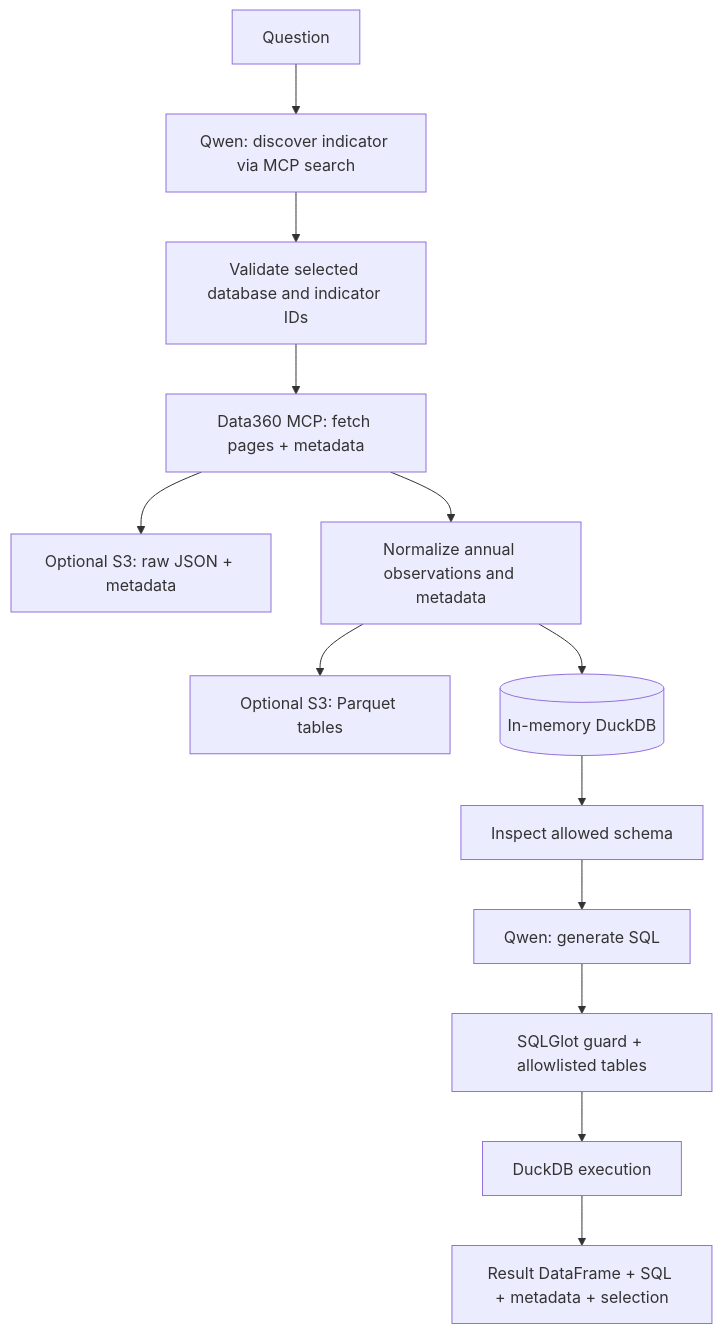
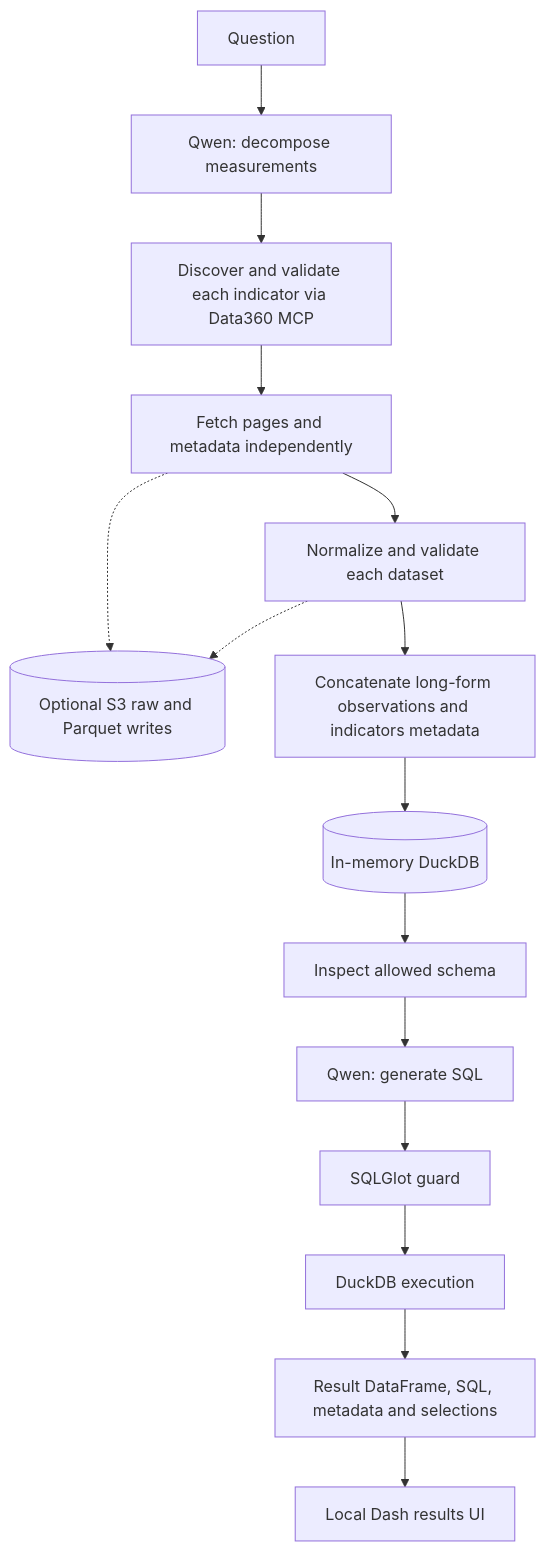
Before and after one commit to Seif-Wessam/world-population-interactive-visualisation: the diagram in agentic_framework/README.md, drawn with Mermaid. The commit also changed other lines of this file, not shown here.

Commit message:
docs: record multi-indicator analytics and local Dash integration

````diff
--- a/agentic_framework/README.md
+++ b/agentic_framework/README.md
@@ -29,15 +30,17 @@
-```mermaid
+ ```mermaid
 flowchart TD
-    U[Question] --> D[Qwen: discover indicator via MCP search]
-    D --> I[Validate selected database and indicator IDs]
-    I --> R[Data360 MCP: fetch pages + metadata]
-    R --> J[Optional S3: raw JSON + metadata]
-    R --> T[Normalize annual observations and metadata]
-    T --> P[Optional S3: Parquet tables]
-    T --> B[(In-memory DuckDB)]
+    U[Question] --> Q[Qwen: decompose measurements]
+    Q --> D[Discover and validate each indicator via Data360 MCP]
+    D --> R[Fetch pages and metadata independently]
+    R --> T[Normalize and validate each dataset]
+    R -.-> P[(Optional S3 raw and Parquet writes)]
+    T -.-> P
+    T --> C[Concatenate long-form observations and indicators metadata]
+    C --> B[(In-memory DuckDB)]
     B --> SC[Inspect allowed schema]
     SC --> G[Qwen: generate SQL]
-    G --> V[SQLGlot guard + allowlisted tables]
+    G --> V[SQLGlot guard]
     V --> E[DuckDB execution]
-    E --> O[Result DataFrame + SQL + metadata + selection]
+    E --> O[Result DataFrame, SQL, metadata and selections]
+    O --> UI[Local Dash results UI]
 ```
````
